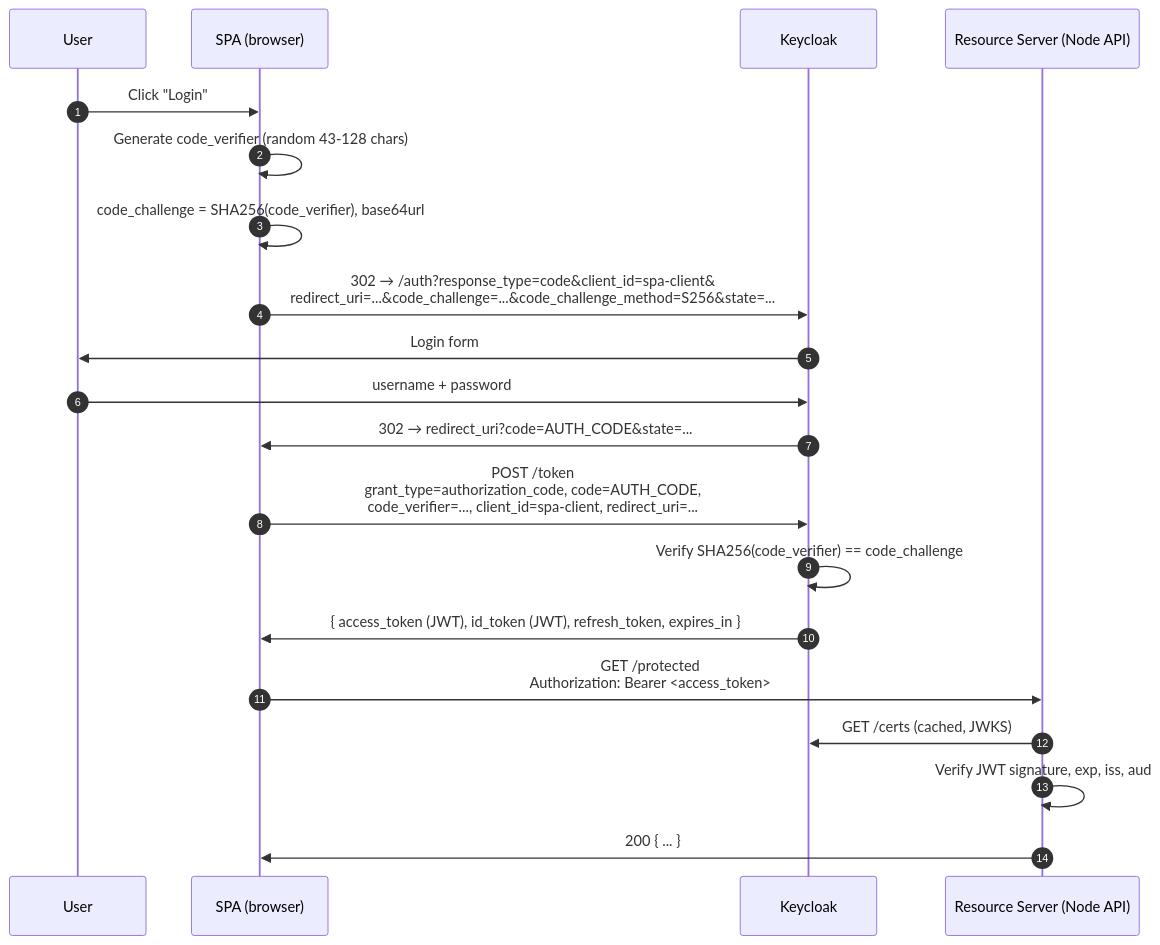
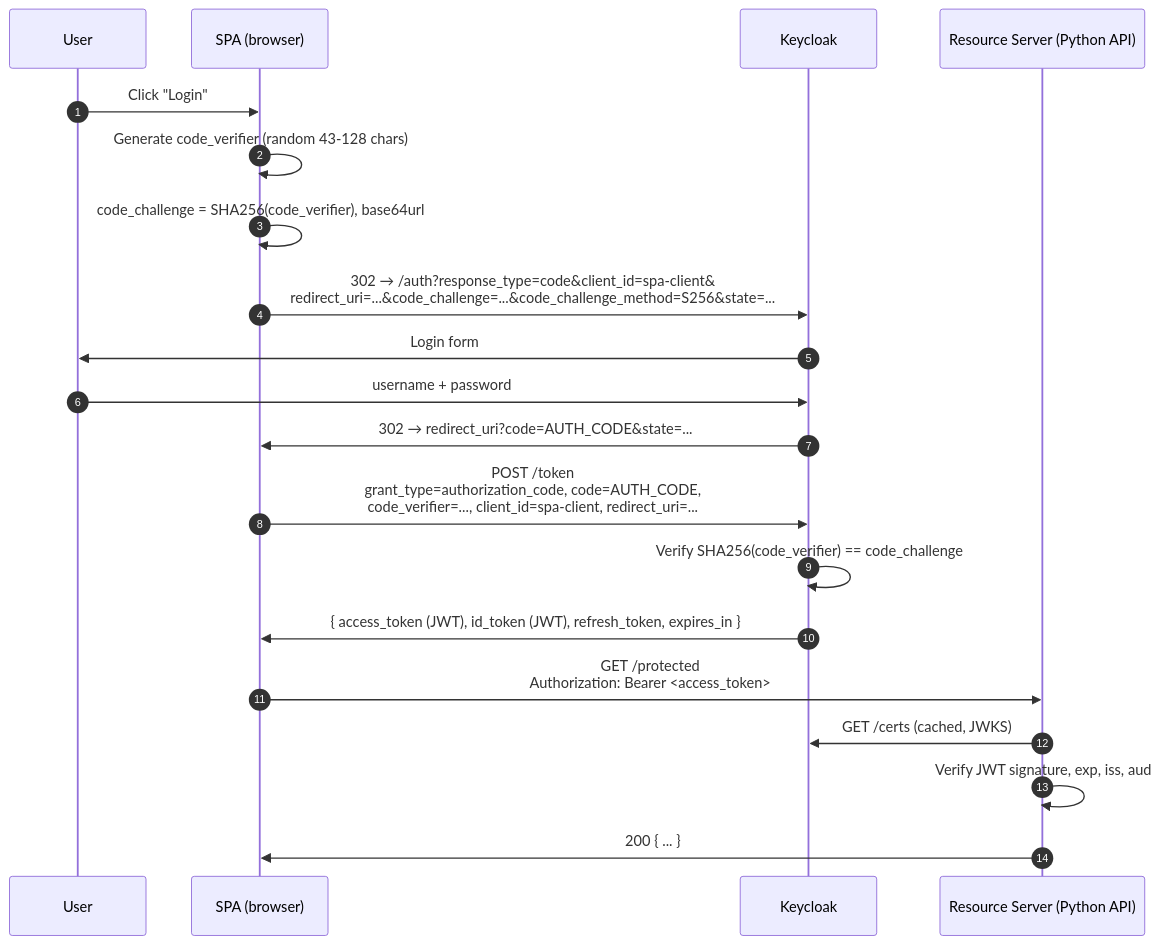
The first of 3 diagrams in docs/03-oidc-flow.md (rytisss/keyclock_playground), drawn with Mermaid before and after one commit. The commit also changed other lines of this file, not shown here.

Commit message:
docs/03: rename playground -> cvdlink, Node API -> Python API

````diff
--- a/docs/03-oidc-flow.md
+++ b/docs/03-oidc-flow.md
@@ -14,23 +14,23 @@
 ```mermaid
 sequenceDiagram
     autonumber
     participant U as User
     participant SPA as SPA (browser)
     participant KC as Keycloak
-    participant API as Resource Server (Node API)
+    participant API as Resource Server (Python API)
 
     U->>SPA: Click "Login"
     SPA->>SPA: Generate code_verifier (random 43-128 chars)
     SPA->>SPA: code_challenge = SHA256(code_verifier), base64url
     SPA->>KC: 302 → /auth?response_type=code&client_id=spa-client&<br/>redirect_uri=...&code_challenge=...&code_challenge_method=S256&state=...
     KC->>U: Login form
     U->>KC: username + password
     KC->>SPA: 302 → redirect_uri?code=AUTH_CODE&state=...
     SPA->>KC: POST /token<br/>grant_type=authorization_code, code=AUTH_CODE,<br/>code_verifier=..., client_id=spa-client, redirect_uri=...
     KC->>KC: Verify SHA256(code_verifier) == code_challenge
     KC->>SPA: { access_token (JWT), id_token (JWT), refresh_token, expires_in }
     SPA->>API: GET /protected<br/>Authorization: Bearer <access_token>
     API->>KC: GET /certs (cached, JWKS)
     API->>API: Verify JWT signature, exp, iss, aud
     API->>SPA: 200 { ... }
 ```
````
